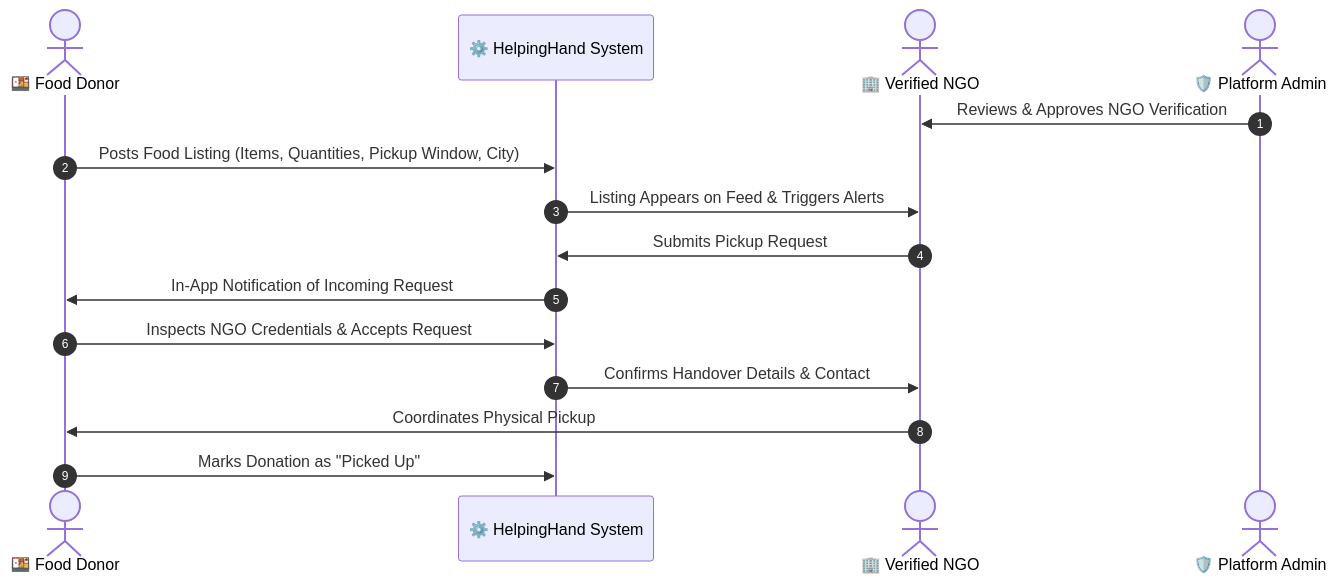
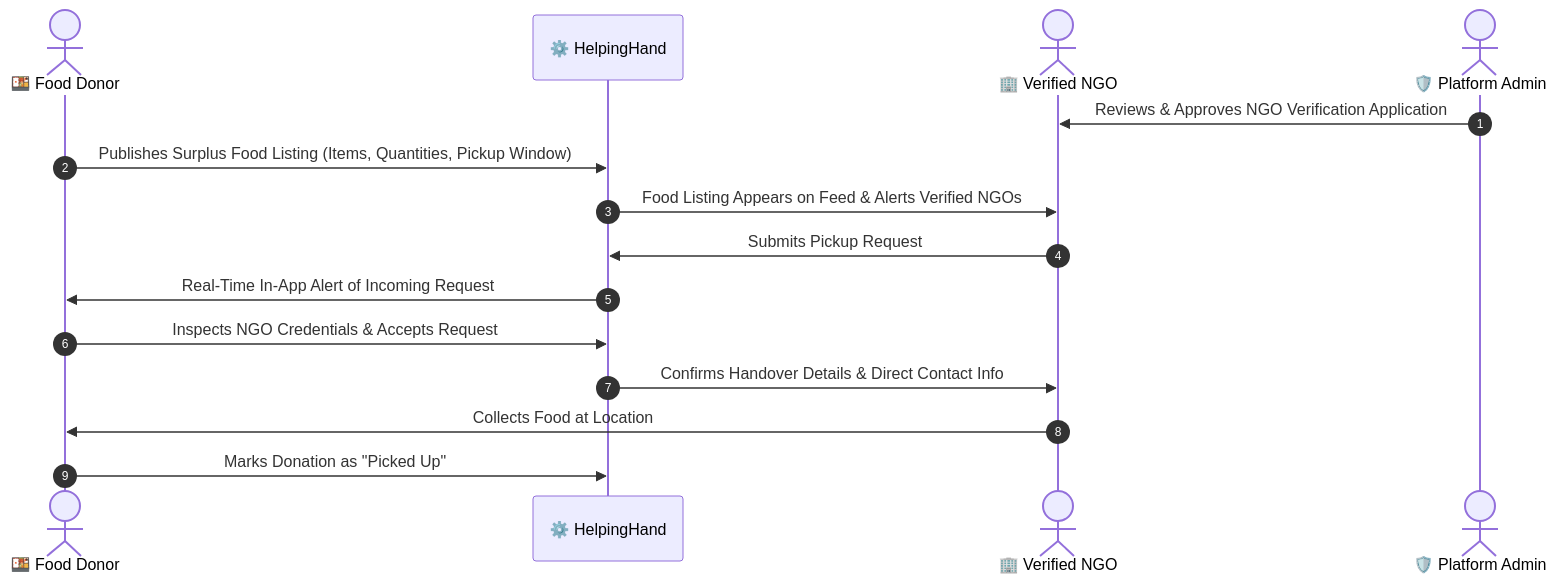
One commit to ronitmotivaras/HelpingHand changed the diagram in README.md. Above: the diagram before and after it, drawn with Mermaid. The commit also changed other lines of this file and 17 other files, not shown here.

````diff
--- a/README.md
+++ b/README.md
@@ -54,18 +53,18 @@
 ```mermaid
 sequenceDiagram
     autonumber
     actor Donor as 🍱 Food Donor
-    participant System as ⚙️ HelpingHand System
+    participant System as ⚙️ HelpingHand
     actor NGO as 🏢 Verified NGO
     actor Admin as 🛡️ Platform Admin
 
-    Admin->>NGO: Reviews & Approves NGO Verification
-    Donor->>System: Posts Food Listing (Items, Quantities, Pickup Window, City)
-    System->>NGO: Listing Appears on Feed & Triggers Alerts
+    Admin->>NGO: Reviews & Approves NGO Verification Application
+    Donor->>System: Publishes Surplus Food Listing (Items, Quantities, Pickup Window)
+    System->>NGO: Food Listing Appears on Feed & Alerts Verified NGOs
     NGO->>System: Submits Pickup Request
-    System->>Donor: In-App Notification of Incoming Request
+    System->>Donor: Real-Time In-App Alert of Incoming Request
     Donor->>System: Inspects NGO Credentials & Accepts Request
-    System->>NGO: Confirms Handover Details & Contact
-    NGO->>Donor: Coordinates Physical Pickup
+    System->>NGO: Confirms Handover Details & Direct Contact Info
+    NGO->>Donor: Collects Food at Location
     Donor->>System: Marks Donation as "Picked Up"
 ```
````
